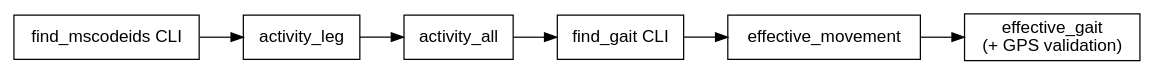
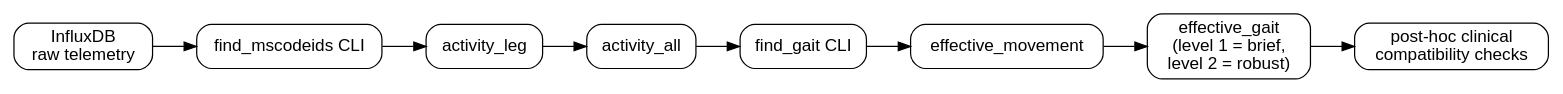
One commit to MultipleSclerosisMonitoring/DPC_2024 changed the diagram in docs/index.rst. Above: the diagram before and after it, drawn with Graphviz. The commit also changed other lines of this file and 43 other files, not shown here.

```diff
--- a/docs/index.rst
+++ b/docs/index.rst
@@ -32,19 +57,21 @@
 .. graphviz::
-   :caption: High-level pipeline overview
+   :caption: End-to-end flow from raw telemetry to semantic outputs
    :align: center
 
    digraph overview {
       rankdir=LR;
       graph [fontname="Helvetica"];
-      node  [shape=box, fontname="Helvetica"];
+      node  [shape=box, fontname="Helvetica", style="rounded"];
       edge  [fontname="Helvetica"];
 
-      FindMSCodeIDs   [label="find_mscodeids CLI"];
-      ActivityLeg     [label="activity_leg"];
-      ActivityAll     [label="activity_all"];
-      FindGait        [label="find_gait CLI"];
-      EffectiveMove   [label="effective_movement"];
-      EffectiveGait   [label="effective_gait\n(+ GPS validation)"];
+      Influx      [label="InfluxDB\nraw telemetry"];
+      FindCodeIDs [label="find_mscodeids CLI"];
+      ActivityLeg [label="activity_leg"];
+      ActivityAll [label="activity_all"];
+      FindGait    [label="find_gait CLI"];
+      EffMove     [label="effective_movement"];
+      EffGait     [label="effective_gait\n(level 1 = brief,\nlevel 2 = robust)"];
+      Checks      [label="post-hoc clinical\ncompatibility checks"];
 
-      FindMSCodeIDs -> ActivityLeg -> ActivityAll -> FindGait -> EffectiveMove -> EffectiveGait;
+      Influx -> FindCodeIDs -> ActivityLeg -> ActivityAll -> FindGait -> EffMove -> EffGait -> Checks;
    }
```
